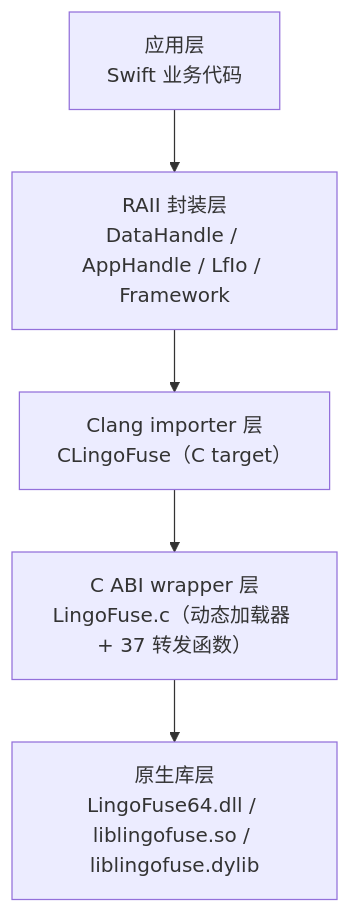
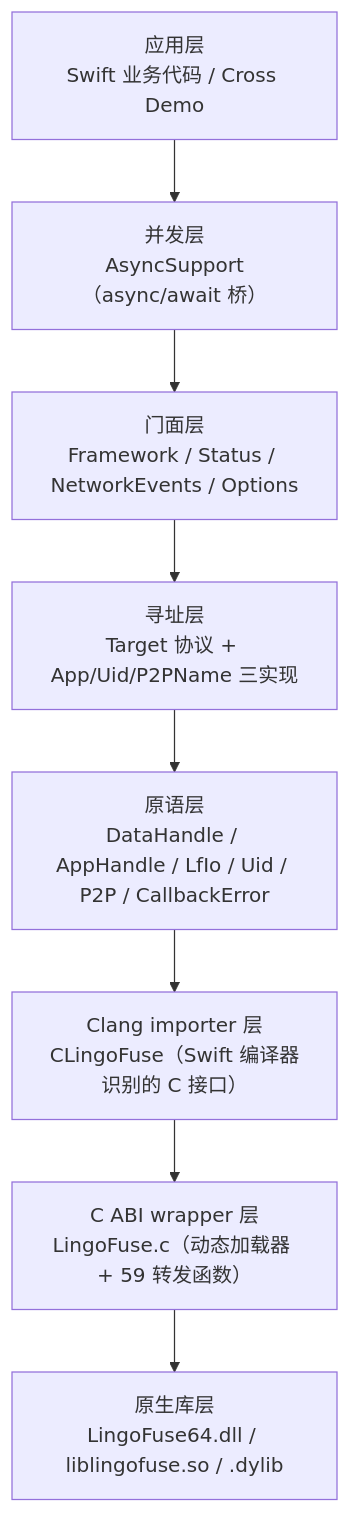
Before and after one commit to PassByYou888/LingoFuse: the diagram in swift/README.md, drawn with Mermaid. The commit also changed other lines of this file and 26 other files, not shown here.

````diff
--- a/swift/README.md
+++ b/swift/README.md
@@ -47,7 +52,11 @@
 ```mermaid
 flowchart TD
-    L0["应用层<br/>Swift 业务代码"] --> L1["RAII 封装层<br/>DataHandle / AppHandle / LfIo / Framework"]
-    L1 --> L2["Clang importer 层<br/>CLingoFuse（C target）"]
-    L2 --> L3["C ABI wrapper 层<br/>LingoFuse.c（动态加载器 + 37 转发函数）"]
-    L3 --> L4["原生库层<br/>LingoFuse64.dll / liblingofuse.so / liblingofuse.dylib"]
+    L0["应用层<br/>Swift 业务代码 / Cross Demo"] --> L1
+    L1["并发层<br/>AsyncSupport（async/await 桥）"] --> L2
+    L2["门面层<br/>Framework / Status / NetworkEvents / Options"] --> L3
+    L3["寻址层<br/>Target 协议 + App/Uid/P2PName 三实现"] --> L4
+    L4["原语层<br/>DataHandle / AppHandle / LfIo / Uid / P2P / CallbackError"] --> L5
+    L5["Clang importer 层<br/>CLingoFuse（Swift 编译器识别的 C 接口）"] --> L6
+    L6["C ABI wrapper 层<br/>LingoFuse.c（动态加载器 + 59 转发函数）"] --> L7
+    L7["原生库层<br/>LingoFuse64.dll / liblingofuse.so / .dylib"]
 ```
````
